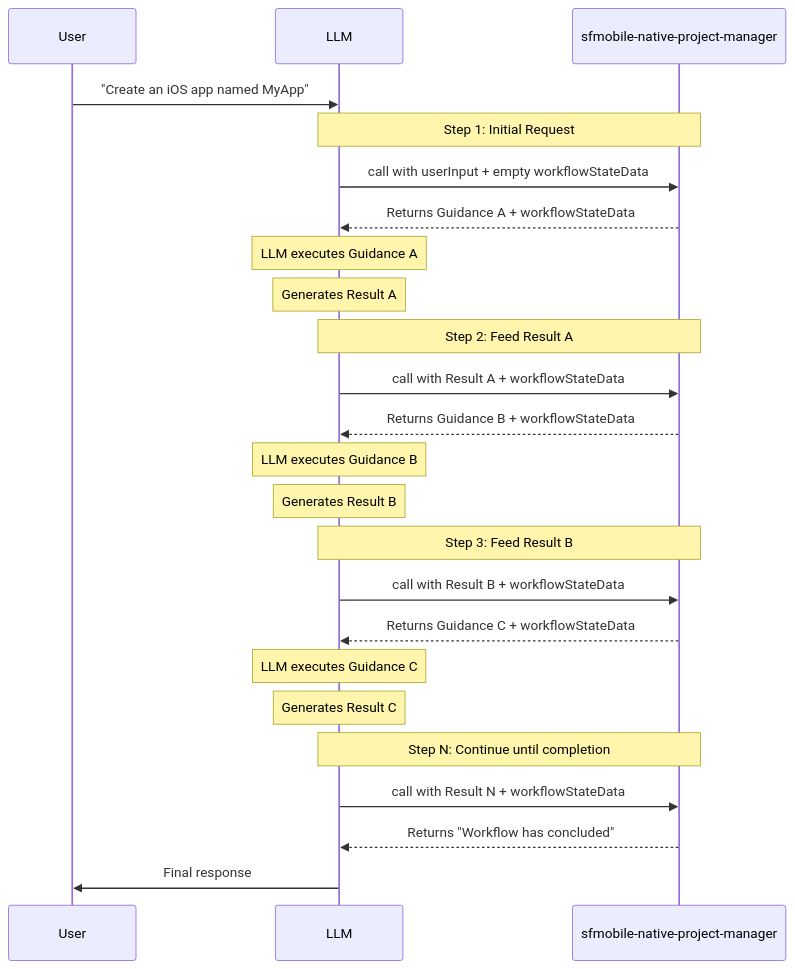
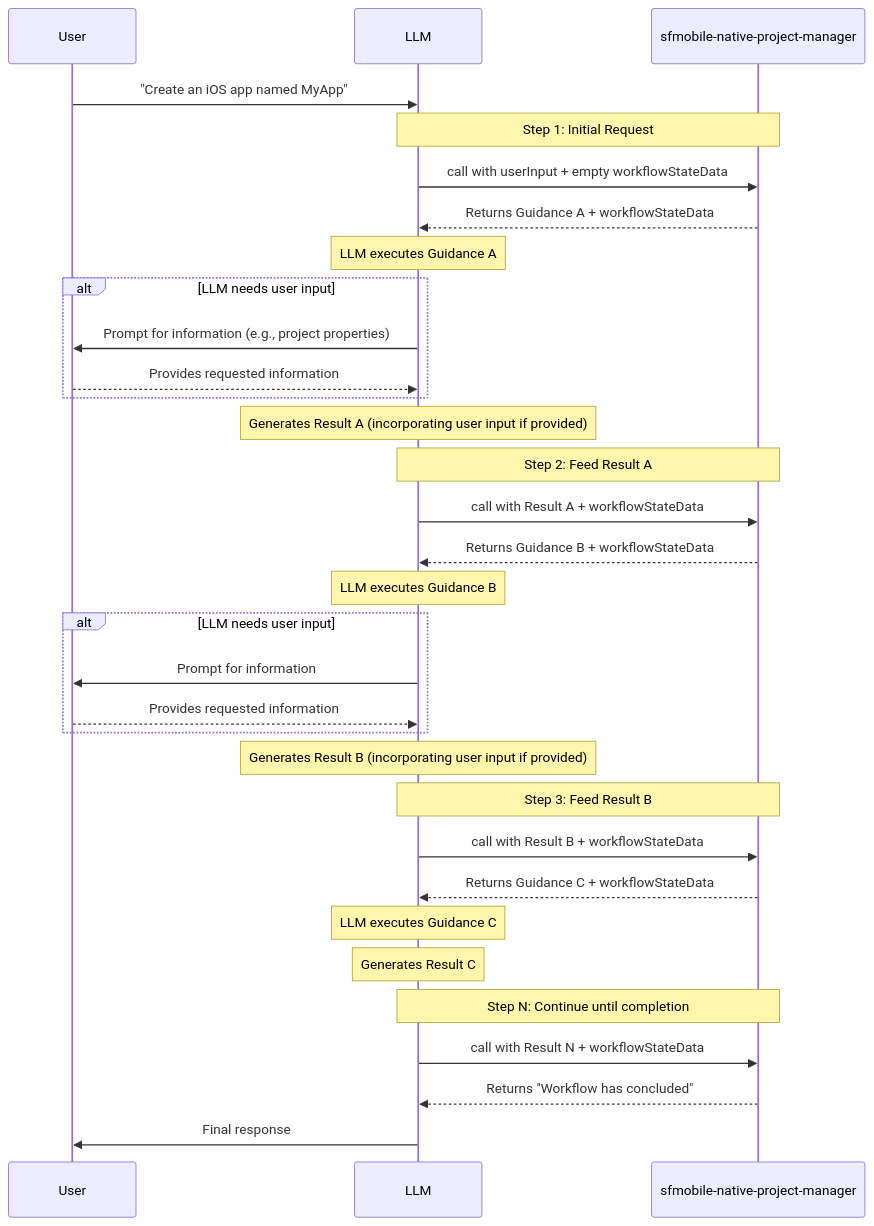
The diagram in docs/mcp-orchestrator-eval-requirements.md (haifeng-li-at-salesforce/mobile-mcp-tools), drawn with Mermaid before and after one commit. The commit also changed other lines of this file, not shown here.

Commit message:
fix: update the eval requirement with user input

````diff
--- a/docs/mcp-orchestrator-eval-requirements.md
+++ b/docs/mcp-orchestrator-eval-requirements.md
@@ -18,35 +18,47 @@
 ```mermaid
 sequenceDiagram
     participant User
     participant LLM
     participant Orchestrator as sfmobile-native-project-manager
 
     User->>LLM: "Create an iOS app named MyApp"
-    
+
     Note over LLM,Orchestrator: Step 1: Initial Request
     LLM->>Orchestrator: call with userInput + empty workflowStateData
     Orchestrator-->>LLM: Returns Guidance A + workflowStateData
-    
+
     Note over LLM: LLM executes Guidance A
-    Note over LLM: Generates Result A
-    
+
+    alt LLM needs user input
+        LLM->>User: Prompt for information (e.g., project properties)
+        User-->>LLM: Provides requested information
+    end
+
+    Note over LLM: Generates Result A (incorporating user input if provided)
+
     Note over LLM,Orchestrator: Step 2: Feed Result A
     LLM->>Orchestrator: call with Result A + workflowStateData
     Orchestrator-->>LLM: Returns Guidance B + workflowStateData
-    
+
     Note over LLM: LLM executes Guidance B
-    Note over LLM: Generates Result B
-    
+
+    alt LLM needs user input
+        LLM->>User: Prompt for information
+        User-->>LLM: Provides requested information
+    end
+
+    Note over LLM: Generates Result B (incorporating user input if provided)
+
     Note over LLM,Orchestrator: Step 3: Feed Result B
     LLM->>Orchestrator: call with Result B + workflowStateData
     Orchestrator-->>LLM: Returns Guidance C + workflowStateData
-    
+
     Note over LLM: LLM executes Guidance C
     Note over LLM: Generates Result C
-    
+
     Note over LLM,Orchestrator: Step N: Continue until completion
     LLM->>Orchestrator: call with Result N + workflowStateData
     Orchestrator-->>LLM: Returns "Workflow has concluded"
-    
+
     LLM->>User: Final response
 ```
````
